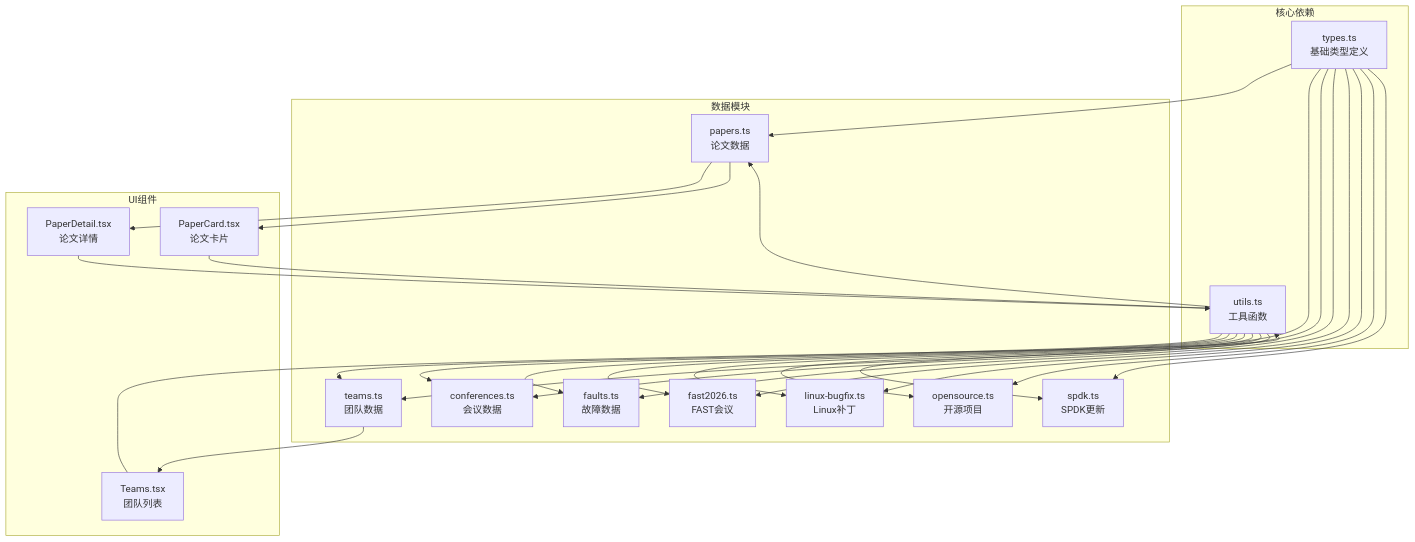
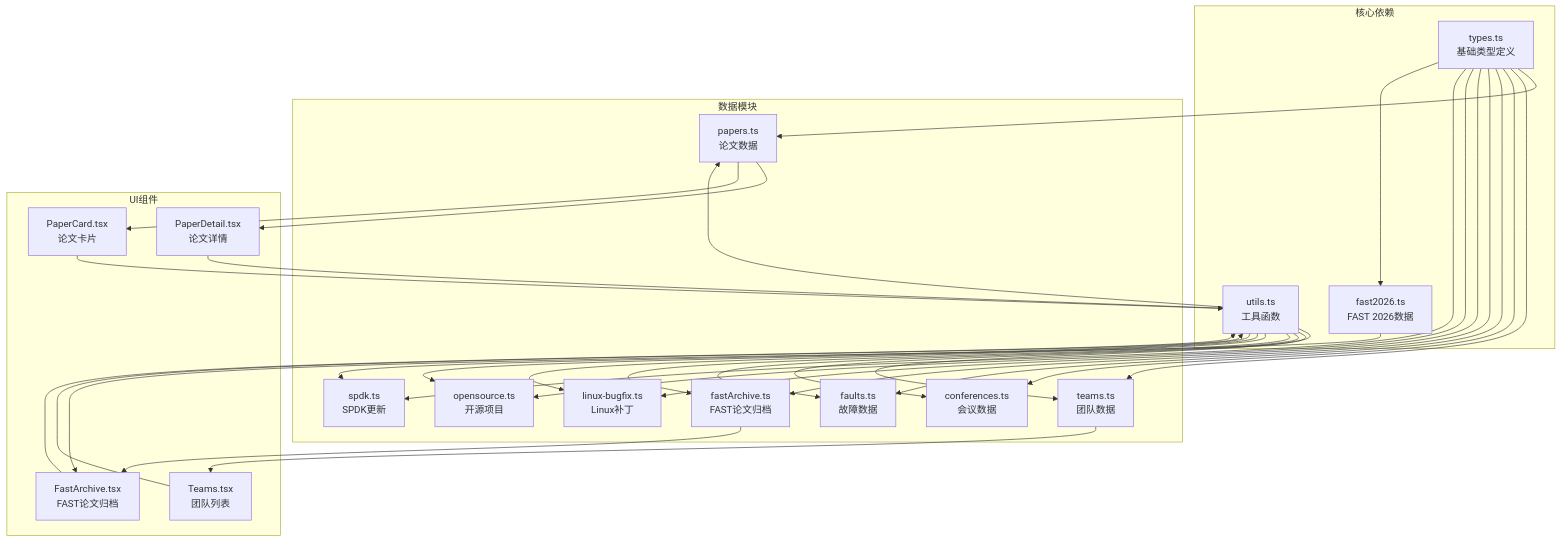
Diagram 13 of 15 in .qoder/repowiki/zh/content/数据模型/数据模型.md (erikliu123/storage_ai_blog), drawn with Mermaid before and after one commit. The commit also changed other lines of this file and 10 other files, not shown here.

Commit message:
fix: Add missing FAST 2023 learned-index, cloud-block, nvme-queue architecture diagrams

````diff
--- a/.qoder/repowiki/zh/content/数据模型/数据模型.md
+++ b/.qoder/repowiki/zh/content/数据模型/数据模型.md
@@ -472,44 +631,50 @@
 ```mermaid
 graph TD
 subgraph "核心依赖"
 A[types.ts<br/>基础类型定义]
 B[utils.ts<br/>工具函数]
+C[fast2026.ts<br/>FAST 2026数据]
 end
 subgraph "数据模块"
-C[papers.ts<br/>论文数据]
-D[teams.ts<br/>团队数据]
-E[conferences.ts<br/>会议数据]
-F[faults.ts<br/>故障数据]
-G[fast2026.ts<br/>FAST会议]
-H[linux-bugfix.ts<br/>Linux补丁]
-I[opensource.ts<br/>开源项目]
-J[spdk.ts<br/>SPDK更新]
+D[papers.ts<br/>论文数据]
+E[teams.ts<br/>团队数据]
+F[conferences.ts<br/>会议数据]
+G[faults.ts<br/>故障数据]
+H[fastArchive.ts<br/>FAST论文归档]
+I[linux-bugfix.ts<br/>Linux补丁]
+J[opensource.ts<br/>开源项目]
+K[spdk.ts<br/>SPDK更新]
 end
 subgraph "UI组件"
-K[PaperDetail.tsx<br/>论文详情]
-L[Teams.tsx<br/>团队列表]
-M[PaperCard.tsx<br/>论文卡片]
+L[PaperDetail.tsx<br/>论文详情]
+M[Teams.tsx<br/>团队列表]
+N[PaperCard.tsx<br/>论文卡片]
+O[FastArchive.tsx<br/>FAST论文归档]
 end
-A --> C
 A --> D
 A --> E
 A --> F
 A --> G
 A --> H
 A --> I
 A --> J
-B --> C
+A --> K
+A --> C
 B --> D
 B --> E
 B --> F
 B --> G
 B --> H
 B --> I
 B --> J
-C --> K
-C --> M
+B --> K
+C --> O
 D --> L
-K --> B
+D --> N
+E --> M
+H --> O
 L --> B
 M --> B
+N --> B
+O --> B
 ```
````
